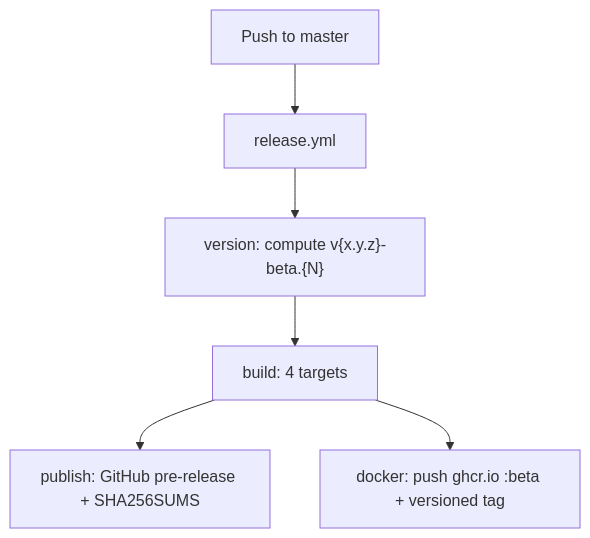
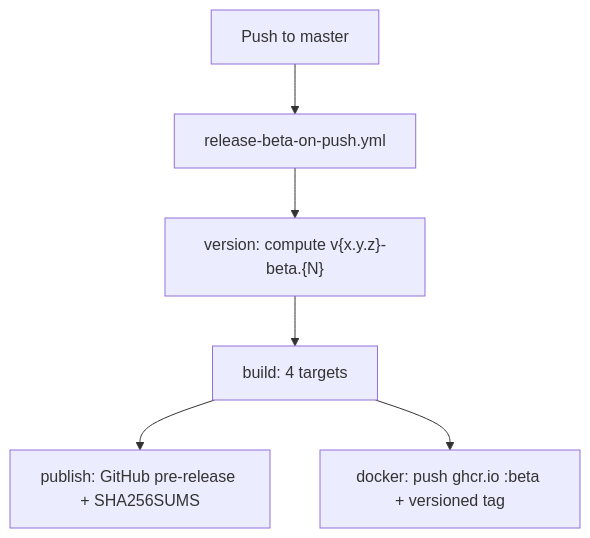
Before and after one commit to hahaxunv2/zeroclaw: the second of 3 diagrams in .github/workflows/master-branch-flow.md, drawn with Mermaid. The commit also changed other lines of this file and 7 other files, not shown here.

````diff
--- a/.github/workflows/master-branch-flow.md
+++ b/.github/workflows/master-branch-flow.md
@@ -101,8 +105,8 @@
 ```mermaid
 flowchart TD
-  A["Push to master"] --> B["release.yml"]
+  A["Push to master"] --> B["release-beta-on-push.yml"]
   B --> B1["version: compute v{x.y.z}-beta.{N}"]
   B1 --> B2["build: 4 targets"]
   B2 --> B3["publish: GitHub pre-release + SHA256SUMS"]
   B2 --> B4["docker: push ghcr.io :beta + versioned tag"]
 ```
````
